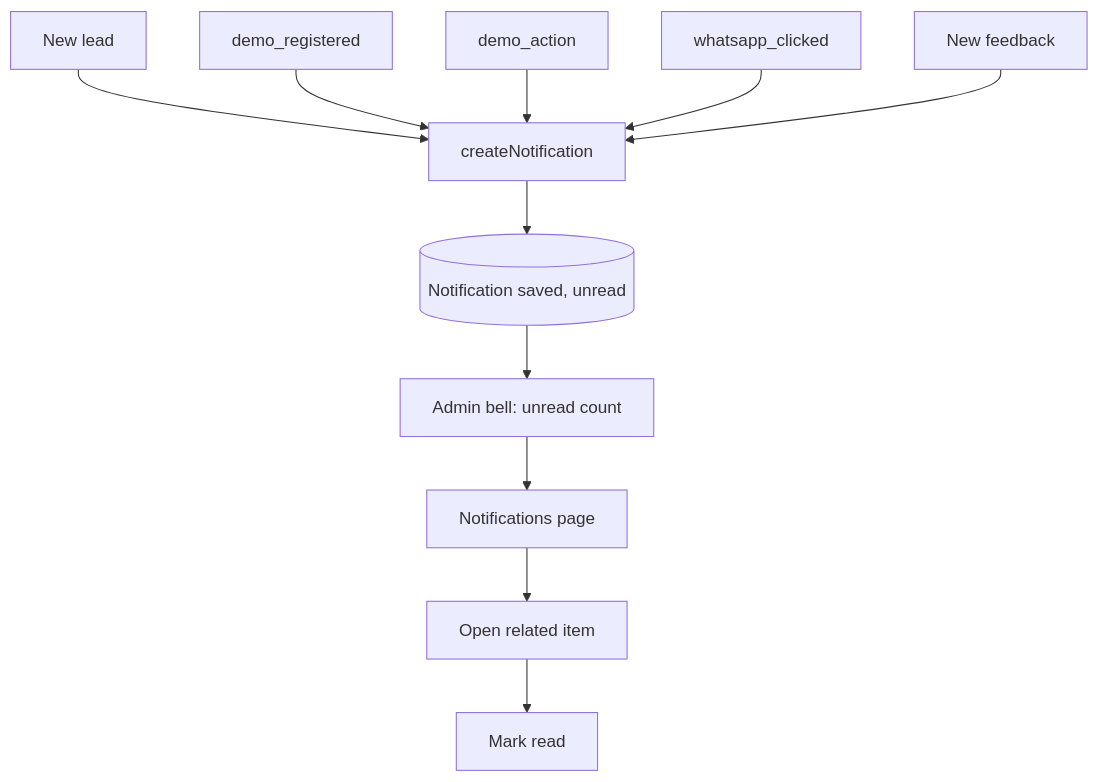
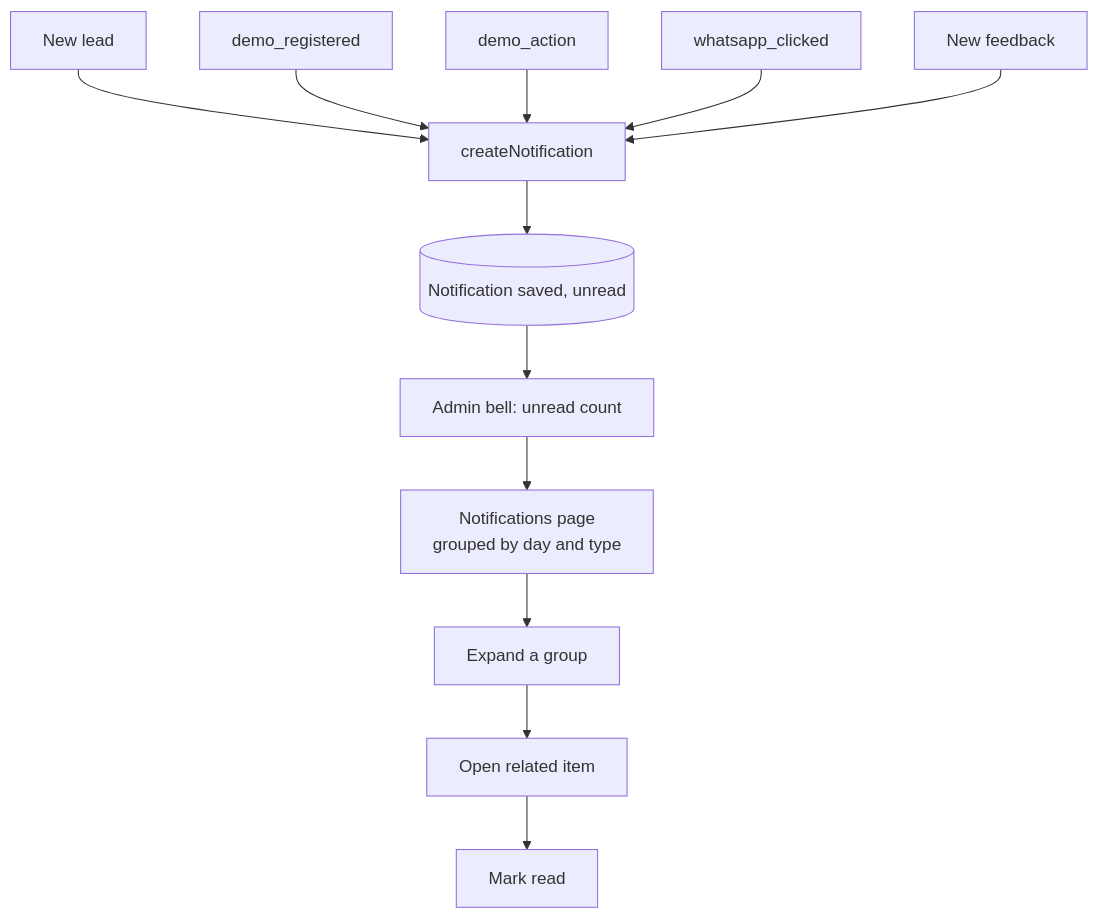
The diagram in docs/features/notifications.md (AhmedElnagarUU/Demmoss), drawn with Mermaid before and after one commit. The commit also changed other lines of this file and 20 other files, not shown here.

````diff
--- a/docs/features/notifications.md
+++ b/docs/features/notifications.md
@@ -27,13 +28,14 @@
 ```mermaid
 flowchart TD
   E1[New lead] --> C[createNotification]
   E2[demo_registered] --> C
   E3[demo_action] --> C
   E4[whatsapp_clicked] --> C
   E5[New feedback] --> C
   C --> DB[(Notification saved, unread)]
   DB --> BELL[Admin bell: unread count]
-  BELL --> LIST[Notifications page]
-  LIST --> OPEN[Open related item]
+  BELL --> LIST[Notifications page<br/>grouped by day and type]
+  LIST --> EXP[Expand a group]
+  EXP --> OPEN[Open related item]
   OPEN --> READ[Mark read]
 ```
````
